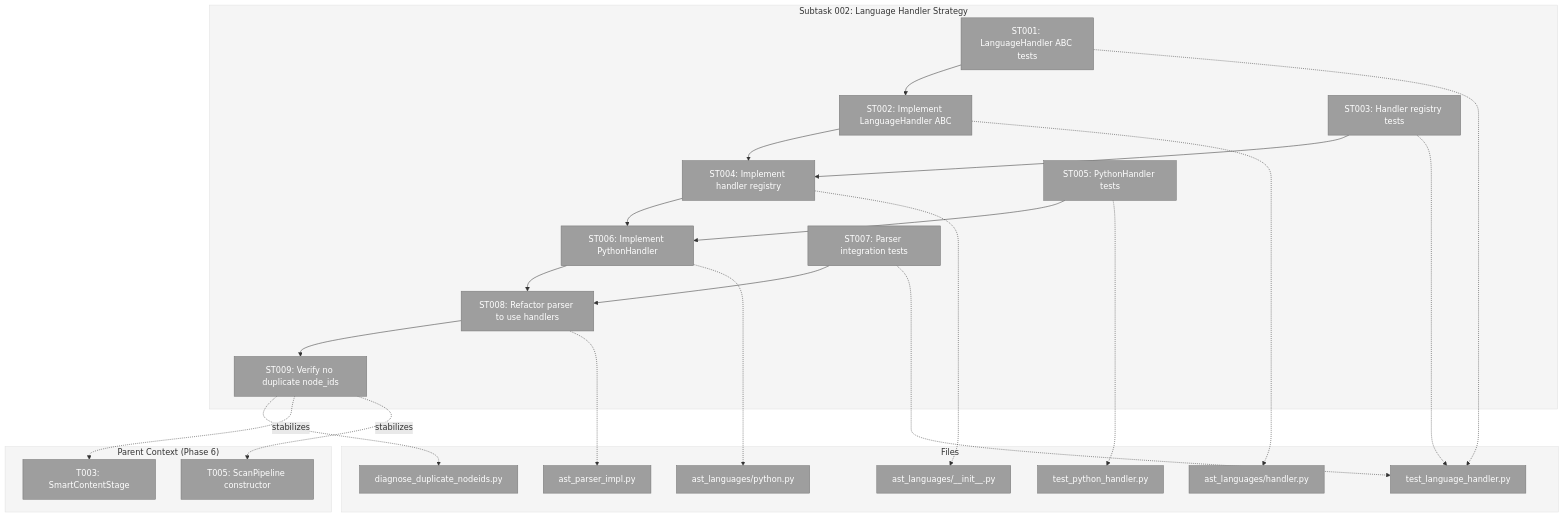
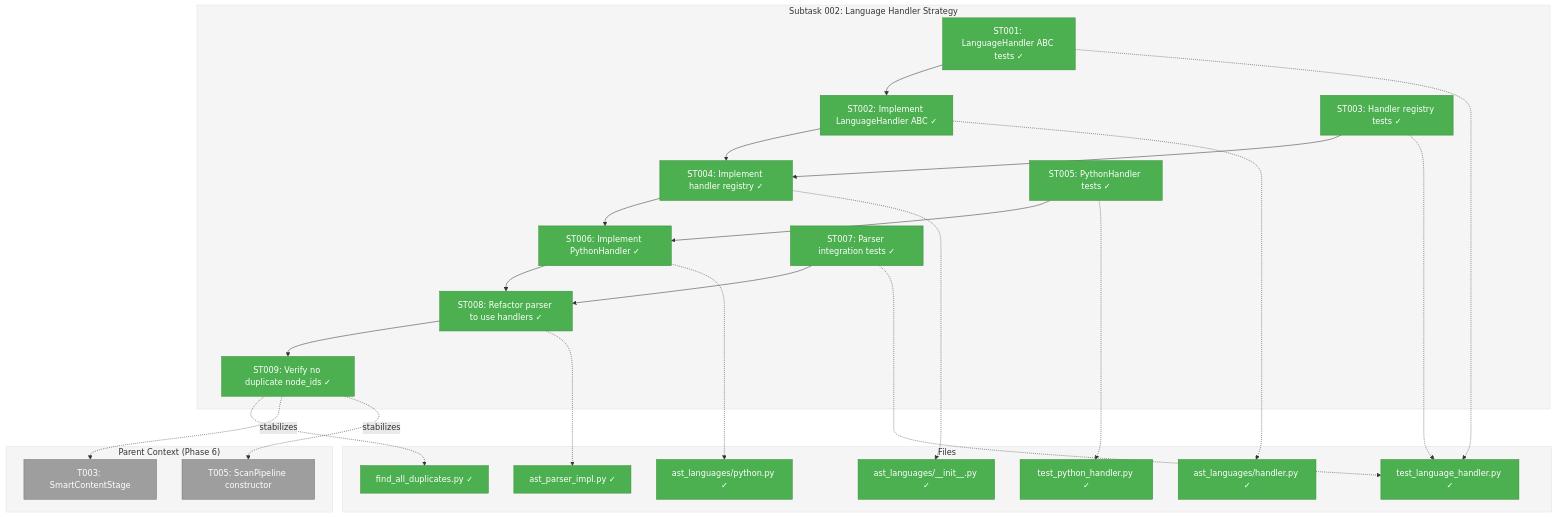
Before and after one commit to AI-Substrate/flow_squared: the first of 3 diagrams in docs/plans/008-smart-content/tasks/phase-6-scan-pipeline-integration/002-subtask-language-handler-strategy.md, drawn with Mermaid. The commit also changed other lines of this file and 7 other files, not shown here.

First line of the commit message:
Implement Language Handler Strategy for AST Parsing

````diff
--- a/docs/plans/008-smart-content/tasks/phase-6-scan-pipeline-integration/002-subtask-language-handler-strategy.md
+++ b/docs/plans/008-smart-content/tasks/phase-6-scan-pipeline-integration/002-subtask-language-handler-strategy.md
@@ -96,59 +111,59 @@
 ```mermaid
 flowchart TD
     classDef pending fill:#9E9E9E,stroke:#757575,color:#fff
     classDef inprogress fill:#FF9800,stroke:#F57C00,color:#fff
     classDef completed fill:#4CAF50,stroke:#388E3C,color:#fff
     classDef blocked fill:#F44336,stroke:#D32F2F,color:#fff
 
     style Parent fill:#F5F5F5,stroke:#E0E0E0
     style Subtask fill:#F5F5F5,stroke:#E0E0E0
     style Files fill:#F5F5F5,stroke:#E0E0E0
 
     subgraph Parent["Parent Context (Phase 6)"]
         T003["T003: SmartContentStage"]:::pending
         T005["T005: ScanPipeline constructor"]:::pending
     end
 
     subgraph Subtask["Subtask 002: Language Handler Strategy"]
-        ST001["ST001: LanguageHandler ABC tests"]:::pending
-        ST002["ST002: Implement LanguageHandler ABC"]:::pending
-        ST003["ST003: Handler registry tests"]:::pending
-        ST004["ST004: Implement handler registry"]:::pending
-        ST005["ST005: PythonHandler tests"]:::pending
-        ST006["ST006: Implement PythonHandler"]:::pending
-        ST007["ST007: Parser integration tests"]:::pending
-        ST008["ST008: Refactor parser to use handlers"]:::pending
-        ST009["ST009: Verify no duplicate node_ids"]:::pending
+        ST001["ST001: LanguageHandler ABC tests ✓"]:::completed
+        ST002["ST002: Implement LanguageHandler ABC ✓"]:::completed
+        ST003["ST003: Handler registry tests ✓"]:::completed
+        ST004["ST004: Implement handler registry ✓"]:::completed
+        ST005["ST005: PythonHandler tests ✓"]:::completed
+        ST006["ST006: Implement PythonHandler ✓"]:::completed
+        ST007["ST007: Parser integration tests ✓"]:::completed
+        ST008["ST008: Refactor parser to use handlers ✓"]:::completed
+        ST009["ST009: Verify no duplicate node_ids ✓"]:::completed
 
         ST001 --> ST002
         ST003 --> ST004
         ST002 --> ST004
         ST005 --> ST006
         ST004 --> ST006
         ST007 --> ST008
         ST006 --> ST008
         ST008 --> ST009
     end
 
     subgraph Files["Files"]
-        F1["ast_languages/__init__.py"]:::pending
-        F2["ast_languages/handler.py"]:::pending
-        F3["ast_languages/python.py"]:::pending
-        F4["ast_parser_impl.py"]:::pending
-        F5["test_language_handler.py"]:::pending
-        F6["test_python_handler.py"]:::pending
-        F7["diagnose_duplicate_nodeids.py"]:::pending
+        F1["ast_languages/__init__.py ✓"]:::completed
+        F2["ast_languages/handler.py ✓"]:::completed
+        F3["ast_languages/python.py ✓"]:::completed
+        F4["ast_parser_impl.py ✓"]:::completed
+        F5["test_language_handler.py ✓"]:::completed
+        F6["test_python_handler.py ✓"]:::completed
+        F7["find_all_duplicates.py ✓"]:::completed
     end
 
     ST001 -.-> F5
     ST002 -.-> F2
     ST003 -.-> F5
     ST004 -.-> F1
     ST005 -.-> F6
     ST006 -.-> F3
     ST007 -.-> F5
     ST008 -.-> F4
     ST009 -.-> F7
     ST009 -.->|stabilizes| T003
     ST009 -.->|stabilizes| T005
 ```
````
